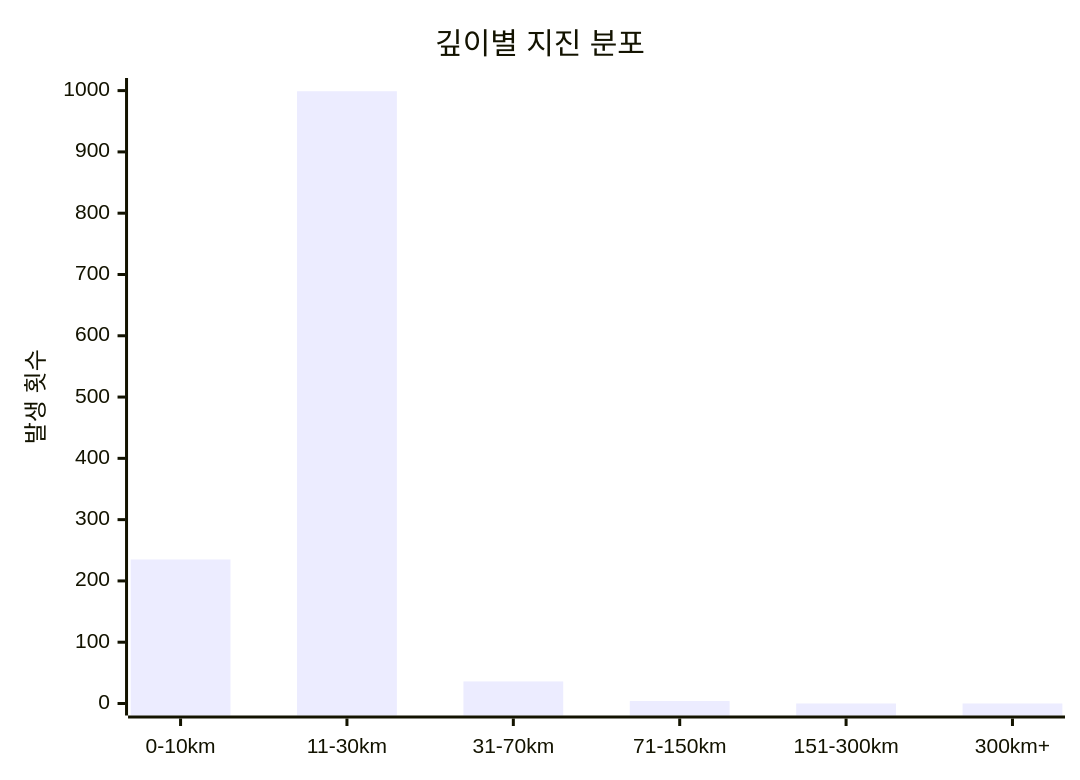
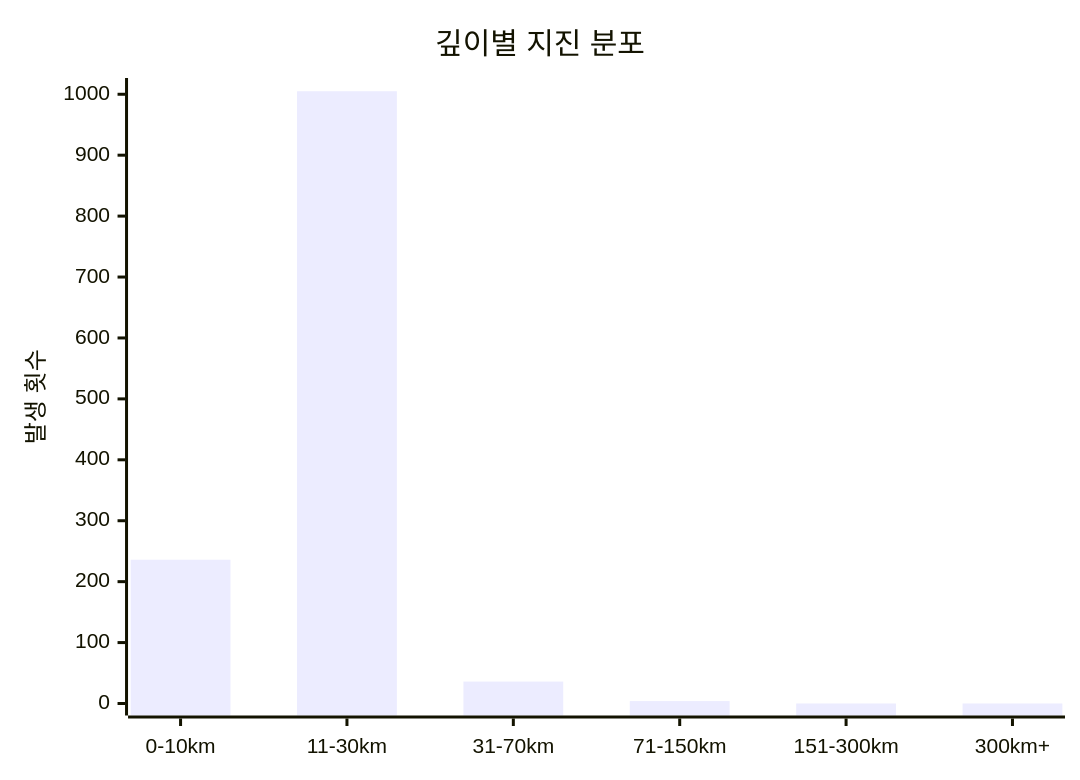
One commit to serendip811/japan-eq changed the diagram in charts/depth-chart.md. Above: the diagram before and after it, drawn with Mermaid. The commit also changed other lines of this file and 5 other files, not shown here.

Commit message:
Update earthquake data and charts Fri Jul  4 22:04:00 UTC 2025

````diff
--- a/charts/depth-chart.md
+++ b/charts/depth-chart.md
@@ -3,7 +3,7 @@
 ```mermaid
 xychart-beta
     title "깊이별 지진 분포"
     x-axis ["0-10km", "11-30km", "31-70km", "71-150km", "151-300km", "300km+"]
-    y-axis "발생 횟수" 0 --> 1001
-    bar [235, 999, 36, 4, 0, 0]
+    y-axis "발생 횟수" 0 --> 1007
+    bar [236, 1005, 36, 4, 0, 0]
 ```
````
